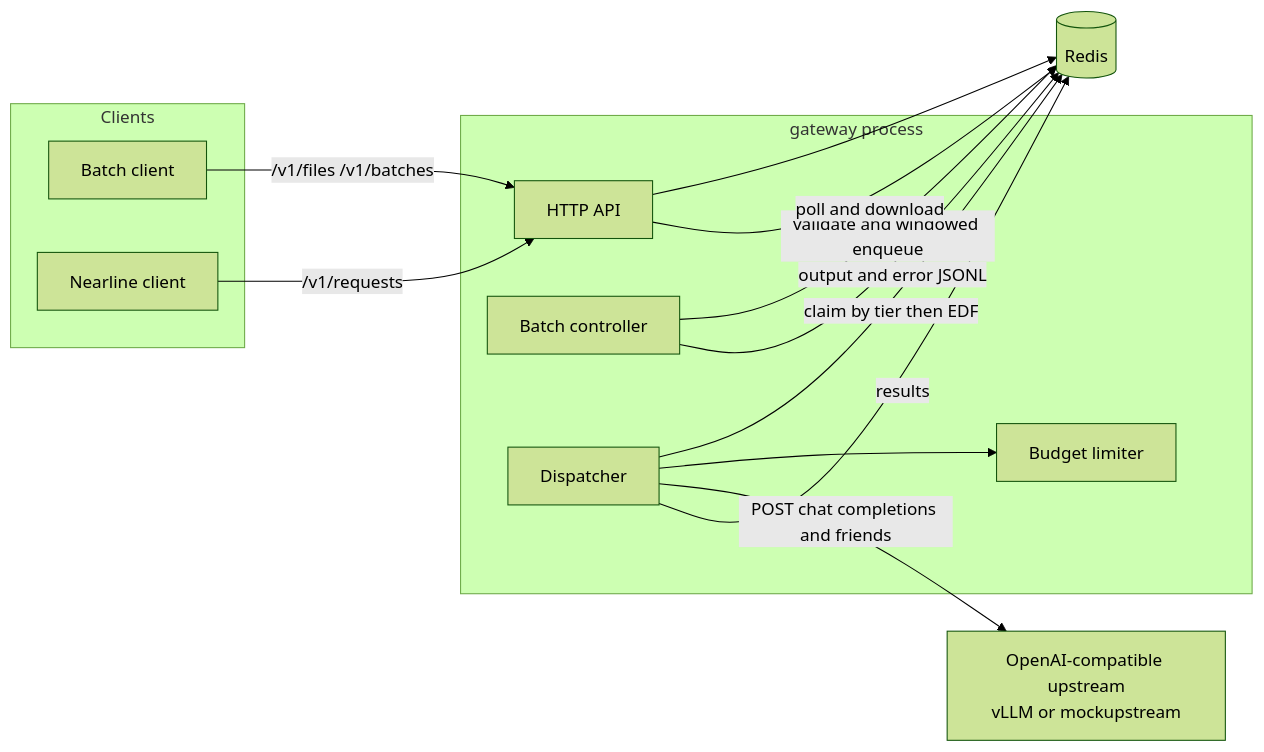
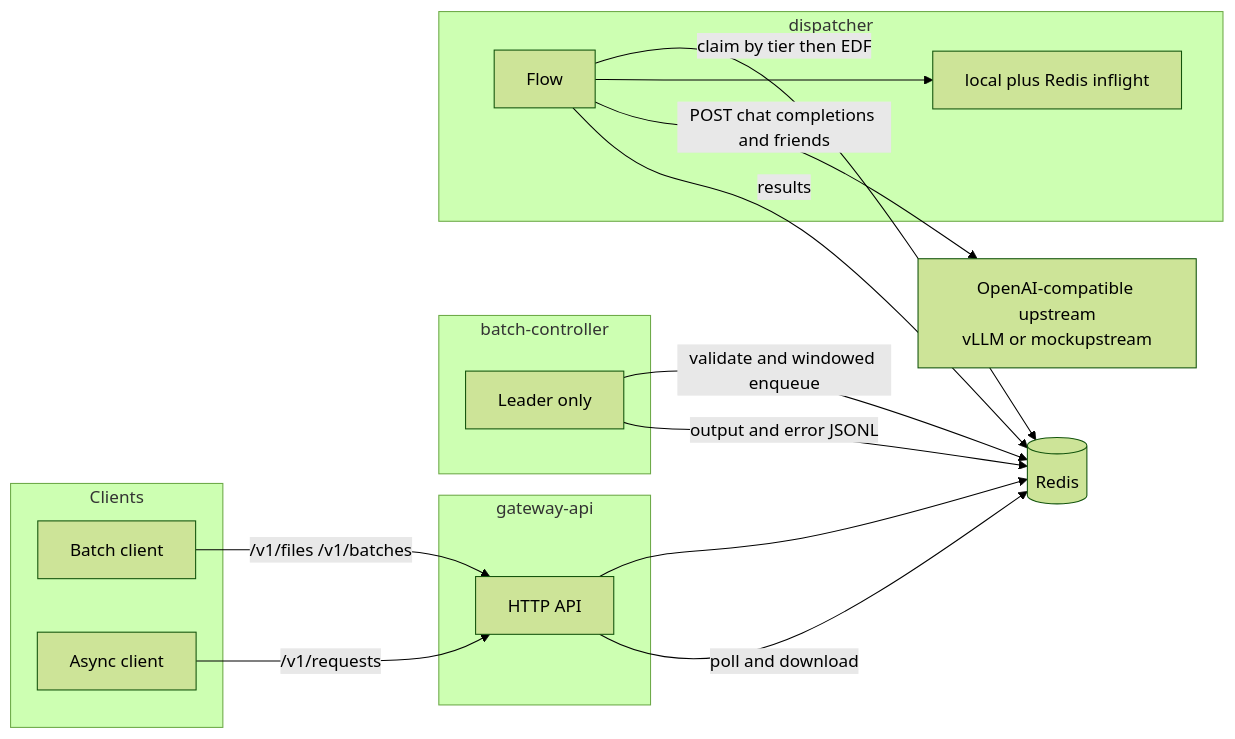
The first of 2 diagrams in README.md (rayo1uo/llm-async-gateway), drawn with Mermaid (forest theme) before and after one commit. The commit also changed other lines of this file and 44 other files, not shown here.

First line of the commit message:
Split the gateway into API, controller, and dispatcher.

````diff
--- a/README.md
+++ b/README.md
@@ -16,28 +22,34 @@
 ```mermaid
 flowchart LR
   subgraph clients [Clients]
     BC[Batch client]
-    NC[Nearline client]
+    NC[Async client]
   end
 
-  subgraph proc [gateway process]
+  subgraph api [gateway-api]
     API[HTTP API]
-    CTL[Batch controller]
-    DISP[Dispatcher]
-    BUD[Budget limiter]
+  end
+
+  subgraph ctl [batch-controller]
+    CTL[Leader only]
+  end
+
+  subgraph disp [dispatcher]
+    DISP[Flow]
+    GATE[local plus Redis inflight]
   end
 
   REDIS[(Redis)]
   UP[OpenAI-compatible upstream<br/>vLLM or mockupstream]
 
   BC -->|/v1/files /v1/batches| API
   NC -->|/v1/requests| API
   API --> REDIS
   CTL -->|validate and windowed enqueue| REDIS
   DISP -->|claim by tier then EDF| REDIS
-  DISP --> BUD
+  DISP --> GATE
   DISP -->|POST chat completions and friends| UP
   DISP -->|results| REDIS
   CTL -->|output and error JSONL| REDIS
   API -->|poll and download| REDIS
 ```
````
